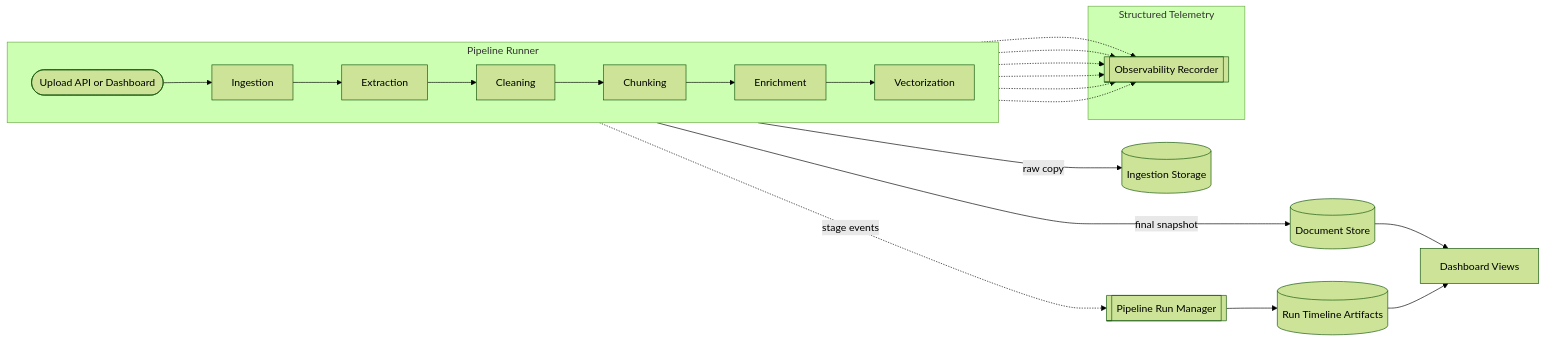
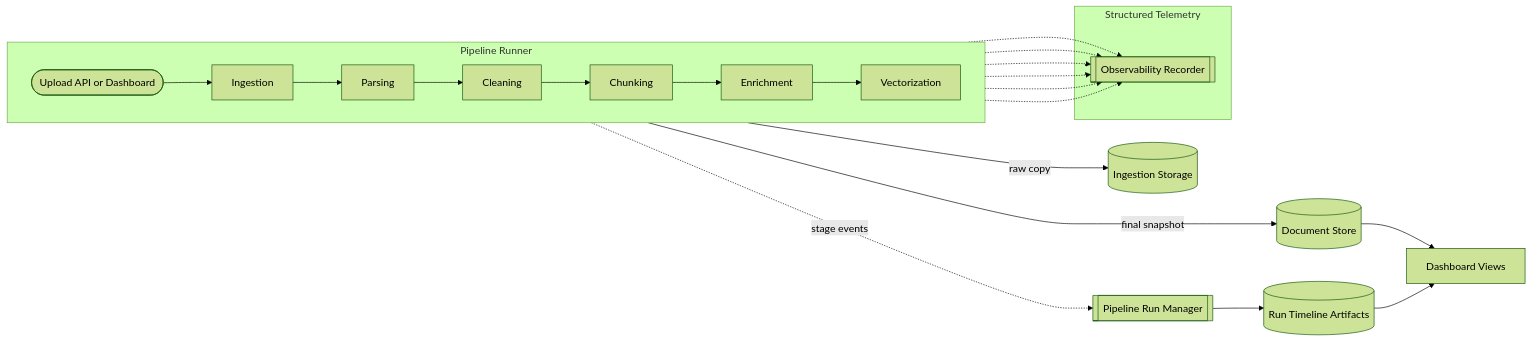
One commit to bookRa/RAG_pipeline_worker changed the diagram in README.md. Above: the diagram before and after it, drawn with Mermaid (forest theme). The commit also changed other lines of this file and 16 other files, not shown here.

````diff
--- a/README.md
+++ b/README.md
@@ -24,31 +24,31 @@
 ```mermaid
 flowchart LR
     subgraph Runner["Pipeline Runner"]
         direction LR
         Upload([Upload API or Dashboard]) --> Ingestion
-        Ingestion --> Extraction
-        Extraction --> Cleaning
+        Ingestion --> Parsing
+        Parsing --> Cleaning
         Cleaning --> Chunking
         Chunking --> Enrichment
         Enrichment --> Vectorization
     end
 
     Ingestion -->|raw copy| RawArtifacts[(Ingestion Storage)]
     Vectorization -->|final snapshot| DocumentStore[(Document Store)]
     DocumentStore --> DashboardViews[Dashboard Views]
 
     Runner -.stage events.-> RunManager[[Pipeline Run Manager]]
     RunManager --> RunTimeline[(Run Timeline Artifacts)]
     RunTimeline --> DashboardViews
 
     subgraph Telemetry["Structured Telemetry"]
         Observability[[Observability Recorder]]
     end
 
     Ingestion -.-> Observability
-    Extraction -.-> Observability
+    Parsing -.-> Observability
     Cleaning -.-> Observability
     Chunking -.-> Observability
     Enrichment -.-> Observability
     Vectorization -.-> Observability
 ```
````
